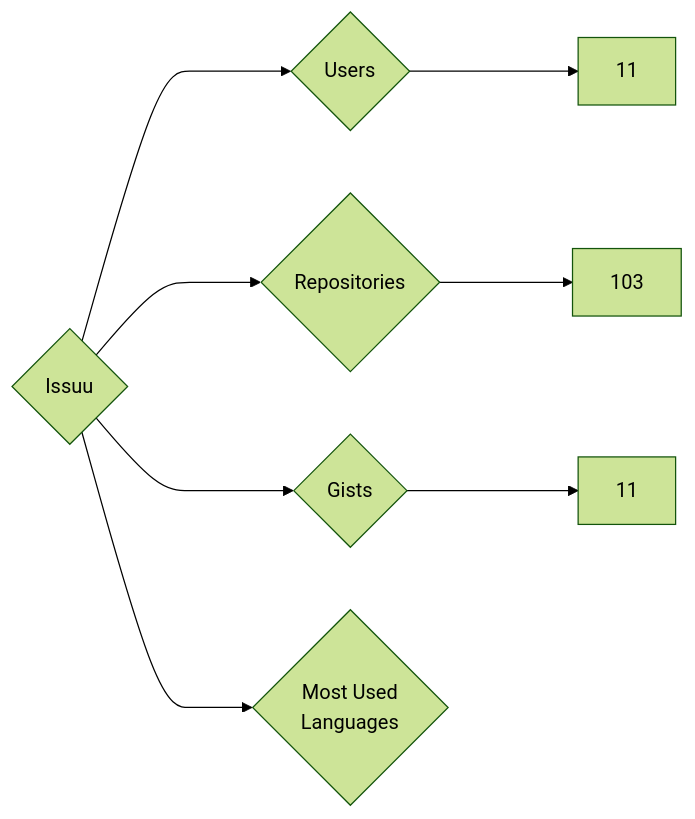
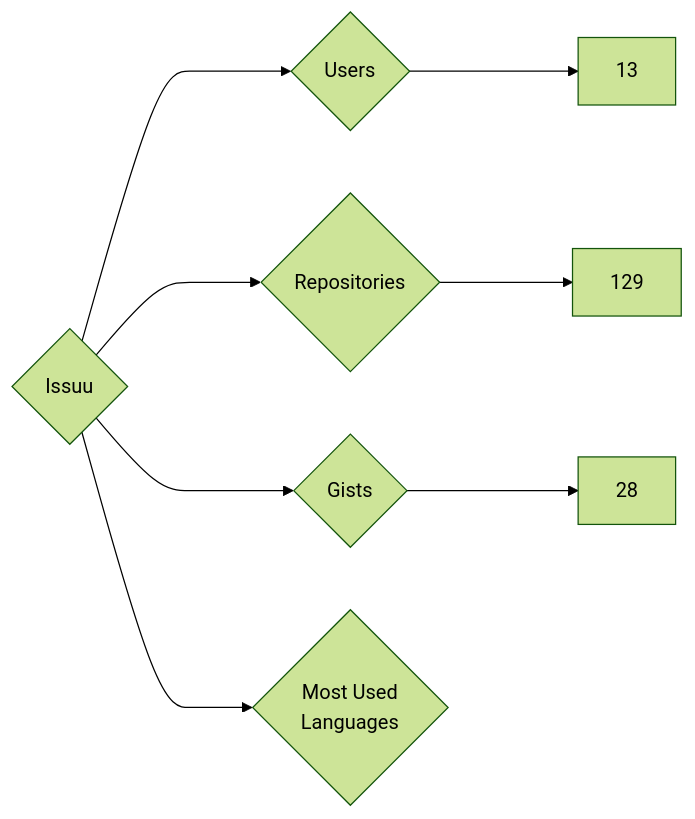
Before and after one commit to nenadzaric/insiders: the diagram in targets/Issuu/README.md, drawn with Mermaid (forest theme). The commit also changed 1342 other files, not shown here.

````diff
--- a/targets/Issuu/README.md
+++ b/targets/Issuu/README.md
@@ -3,8 +3,8 @@
 ```mermaid
 graph LR
 COMPANY_NAME{Issuu}
-COMPANY_NAME ---> U{Users} ---> UN[11]
-COMPANY_NAME ---> R{Repositories} ---> RN[103]
-COMPANY_NAME ---> G{Gists} ---> GN[11]
+COMPANY_NAME ---> U{Users} ---> UN[13]
+COMPANY_NAME ---> R{Repositories} ---> RN[129]
+COMPANY_NAME ---> G{Gists} ---> GN[28]
 COMPANY_NAME ---> ML{Most Used<br>Languages}
 ```
````
